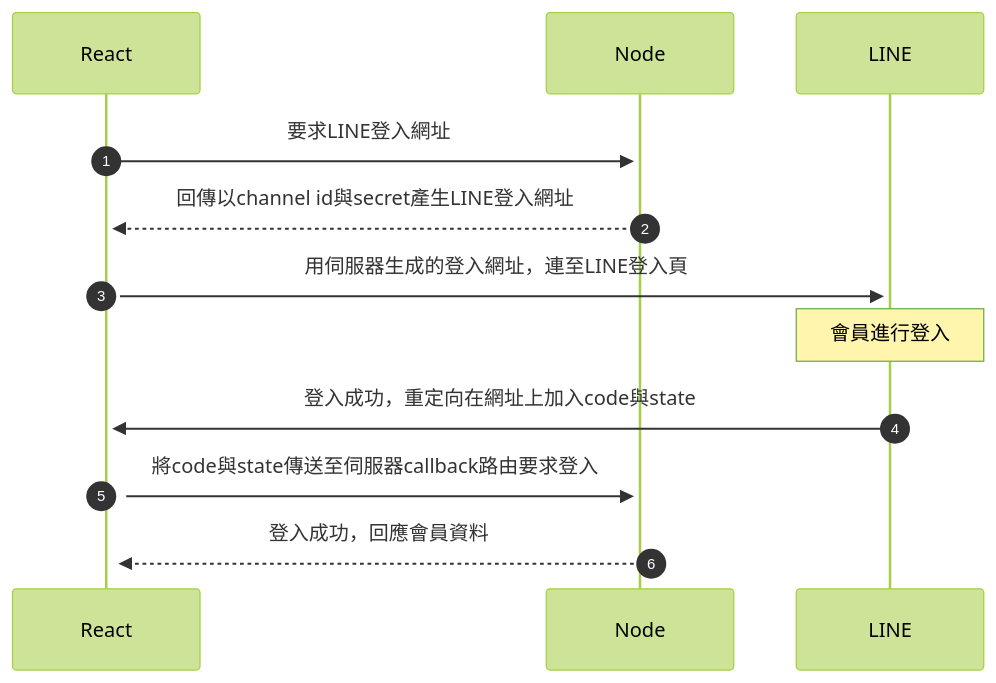
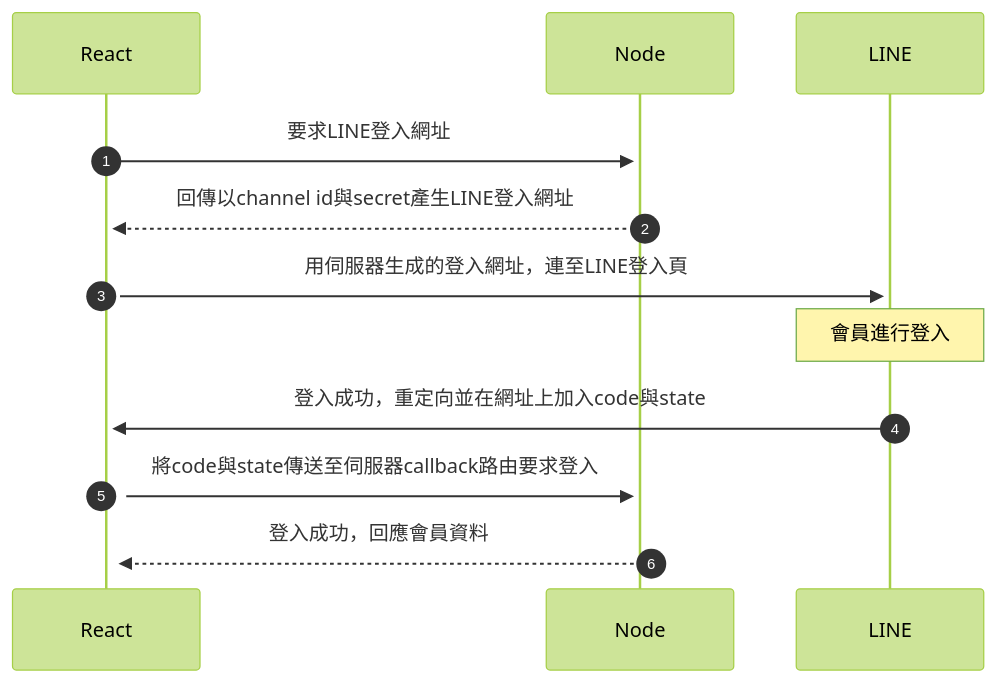
The diagram in docs/line-login.md (sd918207458/board-buddy-express), drawn with Mermaid (forest theme) before and after one commit. The commit also changed other lines of this file, not shown here.

````diff
--- a/docs/line-login.md
+++ b/docs/line-login.md
@@ -16,12 +16,12 @@
 ```mermaid
 sequenceDiagram
     autonumber
     React->>+Node: 要求LINE登入網址
     Node-->>+React: 回傳以channel id與secret產生LINE登入網址
     React->>+LINE: 用伺服器生成的登入網址，連至LINE登入頁
     Note over LINE: 會員進行登入
-    LINE->>+React: 登入成功，重定向在網址上加入code與state
+    LINE->>+React: 登入成功，重定向並在網址上加入code與state
     React->>+Node: 將code與state傳送至伺服器callback路由要求登入
     Node-->>React: 登入成功，回應會員資料
   
 ```
````
